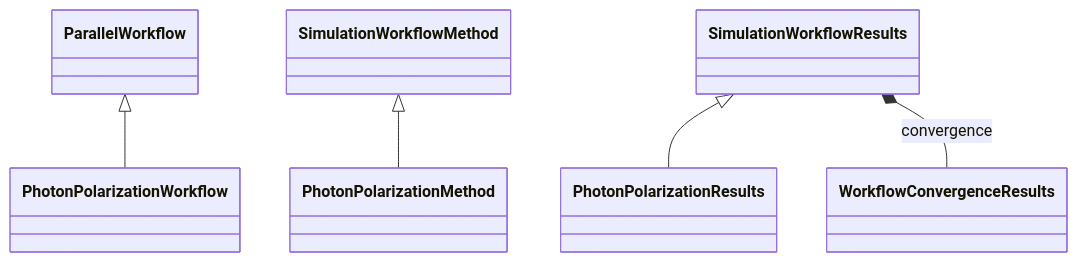
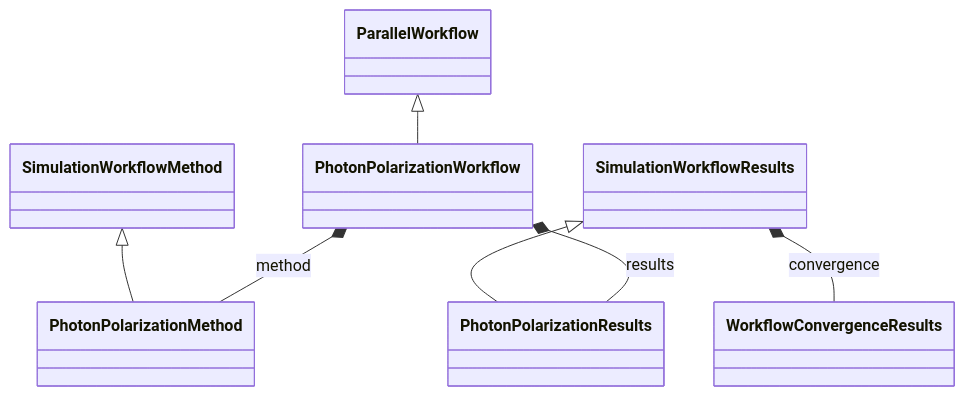
Before and after one commit to FAIRmat-NFDI/nomad-simulations: the diagram in docs/schema/workflow_photon_polarization.md, drawn with Mermaid. The commit also changed 21 other files, not shown here.

````diff
--- a/docs/schema/workflow_photon_polarization.md
+++ b/docs/schema/workflow_photon_polarization.md
@@ -17,14 +17,16 @@
 ```mermaid
 classDiagram
     class ParallelWorkflow
     class PhotonPolarizationMethod
     class PhotonPolarizationResults
     class PhotonPolarizationWorkflow
     class SimulationWorkflowMethod
     class SimulationWorkflowResults
     class WorkflowConvergenceResults
     SimulationWorkflowMethod <|-- PhotonPolarizationMethod
     SimulationWorkflowResults <|-- PhotonPolarizationResults
     ParallelWorkflow <|-- PhotonPolarizationWorkflow
+    PhotonPolarizationWorkflow *-- PhotonPolarizationMethod : method
+    PhotonPolarizationWorkflow *-- PhotonPolarizationResults : results
     SimulationWorkflowResults *-- WorkflowConvergenceResults : convergence
 ```
````
